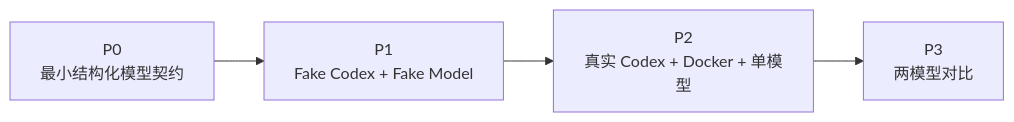
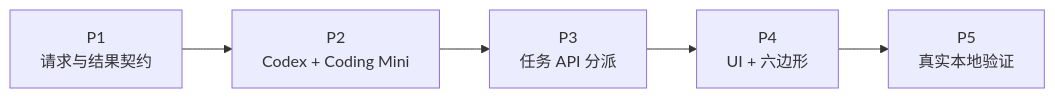
The fifth of 5 diagrams in docs/superpowers/specs/20260804_Codex固定Agent壳基模评测工程设计.md (NEDONION/evalhub), drawn with Mermaid before and after one commit. The commit also changed other lines of this file and 57 other files, not shown here.

````diff
--- a/docs/superpowers/specs/20260804_Codex固定Agent壳基模评测工程设计.md
+++ b/docs/superpowers/specs/20260804_Codex固定Agent壳基模评测工程设计.md
@@ -481,8 +377,7 @@
 ```mermaid
 flowchart LR
-    P0["P0<br/>最小结构化模型契约"]
-    P1["P1<br/>Fake Codex + Fake Model"]
-    P2["P2<br/>真实 Codex + Docker + 单模型"]
-    P3["P3<br/>两模型对比"]
-    P0 --> P1 --> P2 --> P3
+    P1["P1<br/>请求与结果契约"] --> P2["P2<br/>Codex + Coding Mini"]
+    P2 --> P3["P3<br/>任务 API 分派"]
+    P3 --> P4["P4<br/>UI + 六边形"]
+    P4 --> P5["P5<br/>真实本地验证"]
 ```
````
